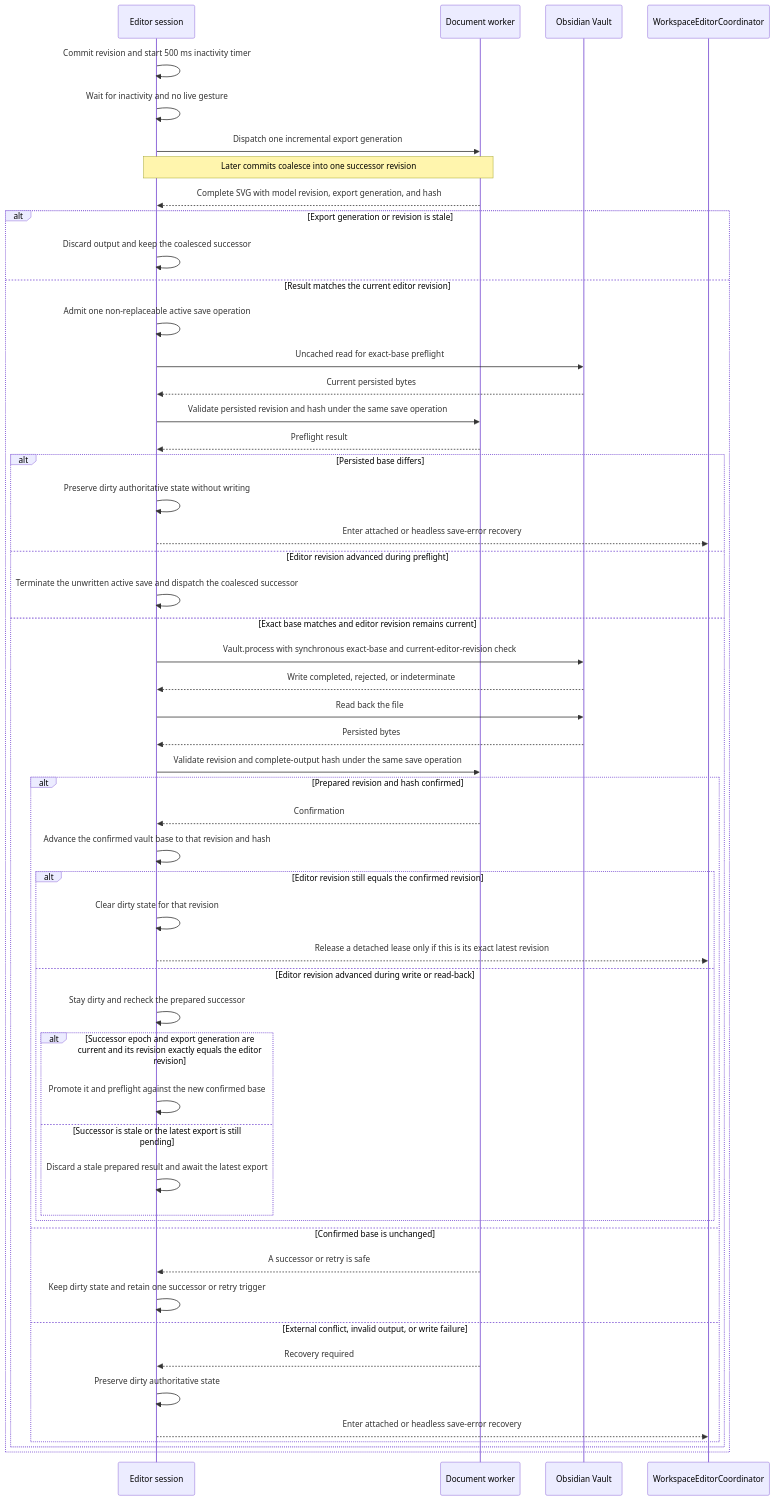
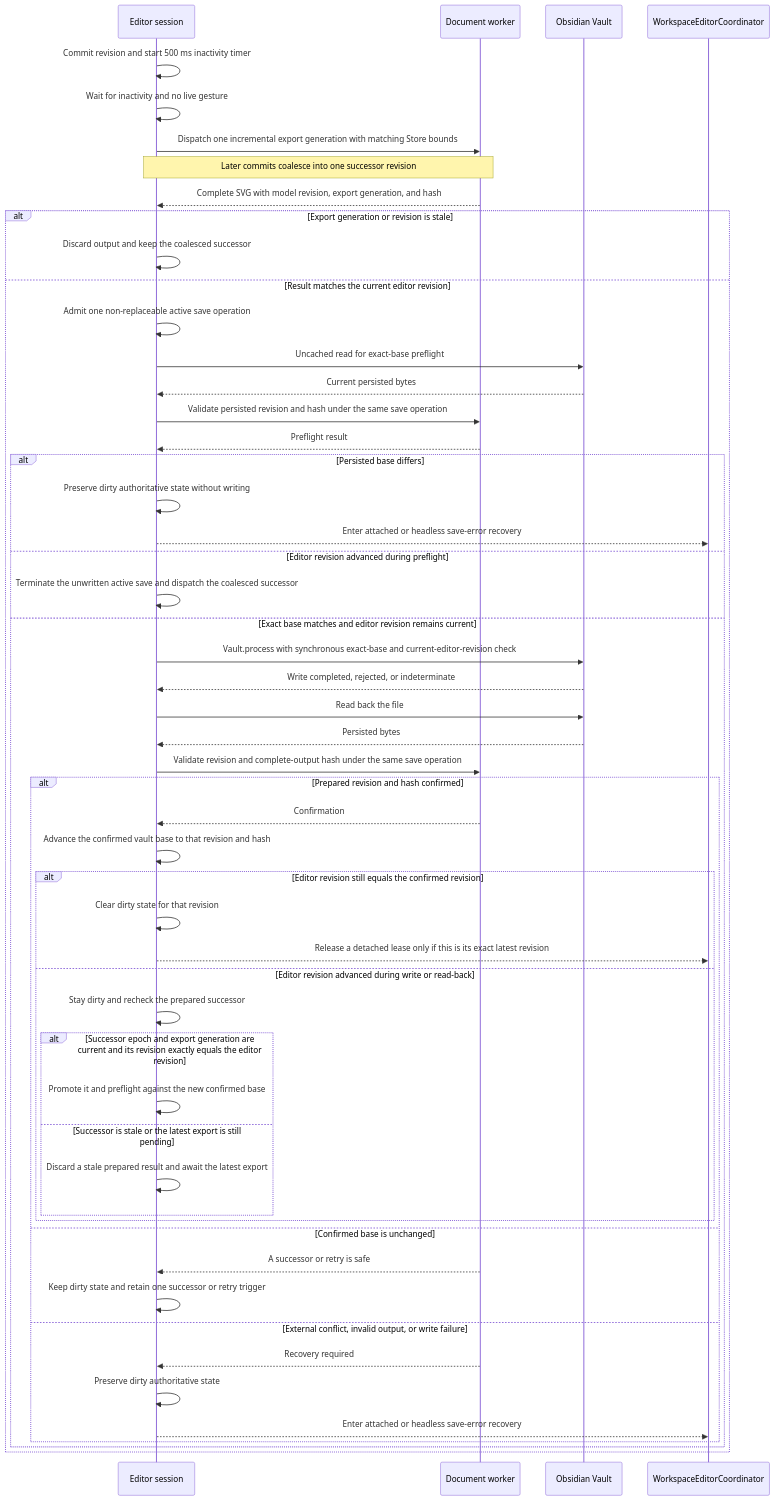
The eighth of 8 diagrams in docs/architecture-flows.md (boommasterxd/inkbook), drawn with Mermaid before and after one commit. The commit also changed other lines of this file and 93 other files, not shown here.

````diff
--- a/docs/architecture-flows.md
+++ b/docs/architecture-flows.md
@@ -293,58 +315,58 @@
 ```mermaid
 sequenceDiagram
   participant Editor as Editor session
   participant Worker as Document worker
   participant Vault as Obsidian Vault
   participant Coordinator as WorkspaceEditorCoordinator
 
   Editor->>Editor: Commit revision and start 500 ms inactivity timer
   Editor->>Editor: Wait for inactivity and no live gesture
-  Editor->>Worker: Dispatch one incremental export generation
+  Editor->>Worker: Dispatch one incremental export generation with matching Store bounds
   Note over Editor,Worker: Later commits coalesce into one successor revision
   Worker-->>Editor: Complete SVG with model revision, export generation, and hash
   alt Export generation or revision is stale
     Editor->>Editor: Discard output and keep the coalesced successor
   else Result matches the current editor revision
     Editor->>Editor: Admit one non-replaceable active save operation
     Editor->>Vault: Uncached read for exact-base preflight
     Vault-->>Editor: Current persisted bytes
     Editor->>Worker: Validate persisted revision and hash under the same save operation
     Worker-->>Editor: Preflight result
 
     alt Persisted base differs
       Editor->>Editor: Preserve dirty authoritative state without writing
       Editor-->>Coordinator: Enter attached or headless save-error recovery
     else Editor revision advanced during preflight
       Editor->>Editor: Terminate the unwritten active save and dispatch the coalesced successor
     else Exact base matches and editor revision remains current
       Editor->>Vault: Vault.process with synchronous exact-base and current-editor-revision check
       Vault-->>Editor: Write completed, rejected, or indeterminate
       Editor->>Vault: Read back the file
       Vault-->>Editor: Persisted bytes
       Editor->>Worker: Validate revision and complete-output hash under the same save operation
 
       alt Prepared revision and hash confirmed
         Worker-->>Editor: Confirmation
         Editor->>Editor: Advance the confirmed vault base to that revision and hash
         alt Editor revision still equals the confirmed revision
           Editor->>Editor: Clear dirty state for that revision
           Editor-->>Coordinator: Release a detached lease only if this is its exact latest revision
         else Editor revision advanced during write or read-back
           Editor->>Editor: Stay dirty and recheck the prepared successor
           alt Successor epoch and export generation are current and its revision exactly equals the editor revision
             Editor->>Editor: Promote it and preflight against the new confirmed base
           else Successor is stale or the latest export is still pending
             Editor->>Editor: Discard a stale prepared result and await the latest export
           end
         end
       else Confirmed base is unchanged
         Worker-->>Editor: A successor or retry is safe
         Editor->>Editor: Keep dirty state and retain one successor or retry trigger
       else External conflict, invalid output, or write failure
         Worker-->>Editor: Recovery required
         Editor->>Editor: Preserve dirty authoritative state
         Editor-->>Coordinator: Enter attached or headless save-error recovery
       end
     end
   end
 ```
````
